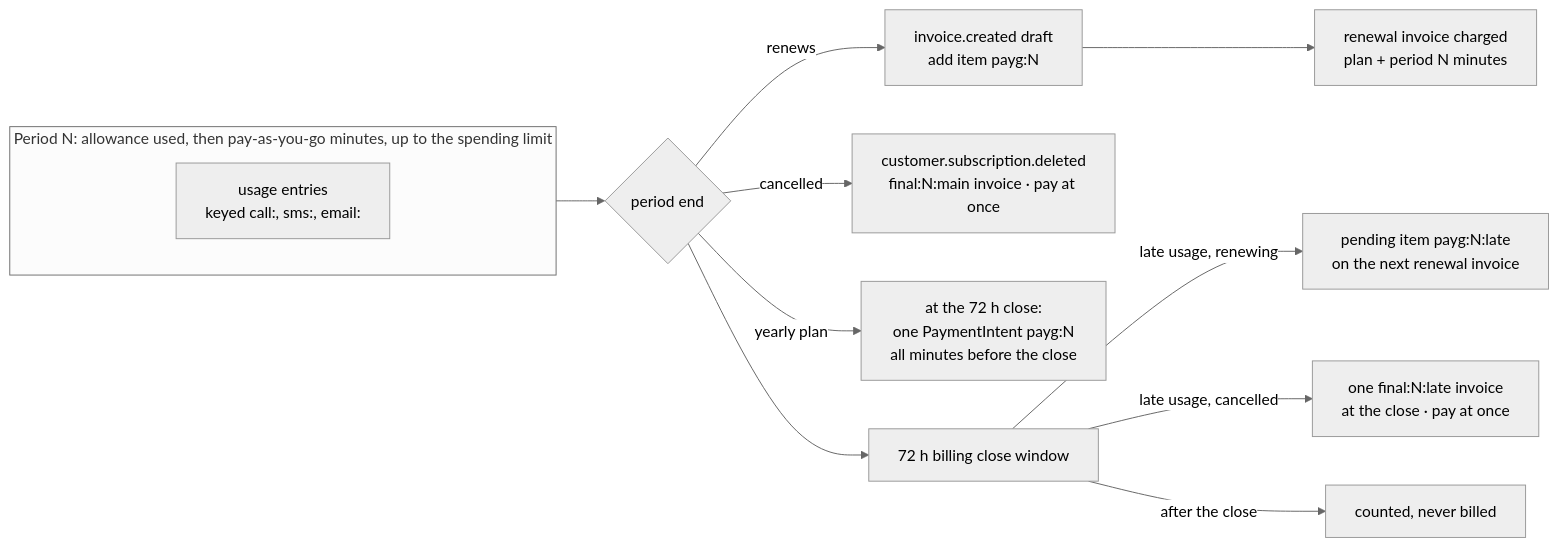
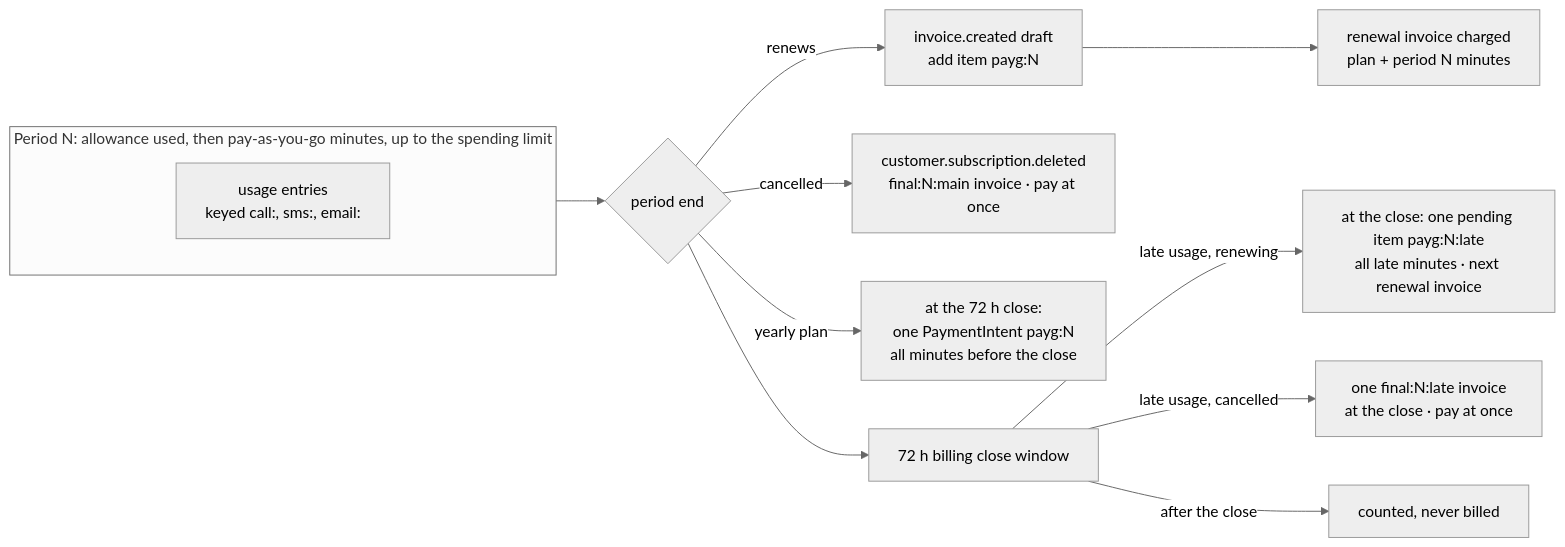
Before and after one commit to singhdhruv525-source/Zella-AI: diagram 13 of 22 in docs/PAYMENTS_ARCHITECTURE.md, drawn with Mermaid (neutral theme). The commit also changed other lines of this file, not shown here.

First line of the commit message:
Payments design: pay-as-you-go items through the outbox states; one late item at the close; monthly scope

````diff
--- a/docs/PAYMENTS_ARCHITECTURE.md
+++ b/docs/PAYMENTS_ARCHITECTURE.md
@@ -519,14 +519,14 @@
 ```mermaid
 flowchart LR
   subgraph P[Period N: allowance used, then pay-as-you-go minutes, up to the spending limit]
     u1[usage entries<br/>keyed call:, sms:, email:]
   end
   P --> E{period end}
   E -- renews --> R[invoice.created draft<br/>add item payg:N] --> RP[renewal invoice charged<br/>plan + period N minutes]
   E -- cancelled --> F[customer.subscription.deleted<br/>final:N:main invoice · pay at once]
   E -- yearly plan --> Y[at the 72 h close:<br/>one PaymentIntent payg:N<br/>all minutes before the close]
   E --> W[72 h billing close window]
-  W -- late usage, renewing --> L1[pending item payg:N:late<br/>on the next renewal invoice]
+  W -- late usage, renewing --> L1[at the close: one pending item payg:N:late<br/>all late minutes · next renewal invoice]
   W -- late usage, cancelled --> L2[one final:N:late invoice<br/>at the close · pay at once]
   W -- after the close --> X[counted, never billed]
 ```
````
